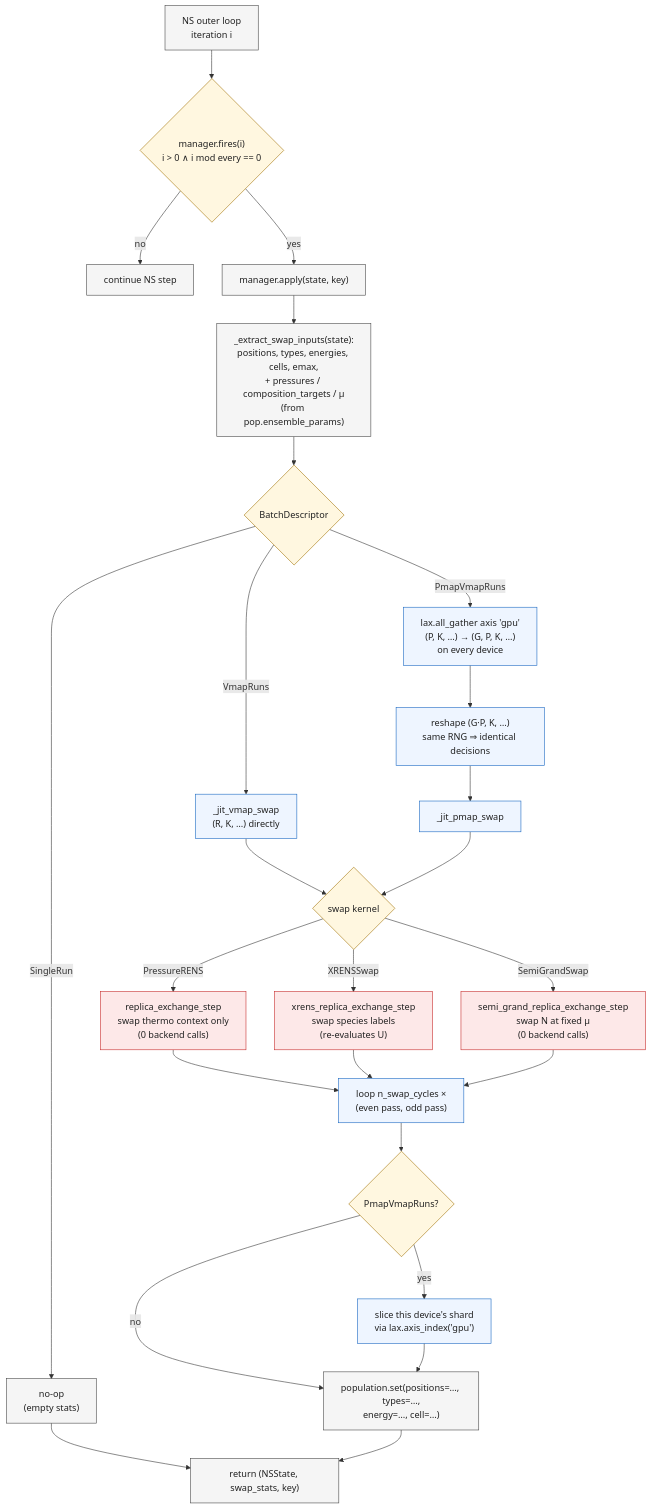
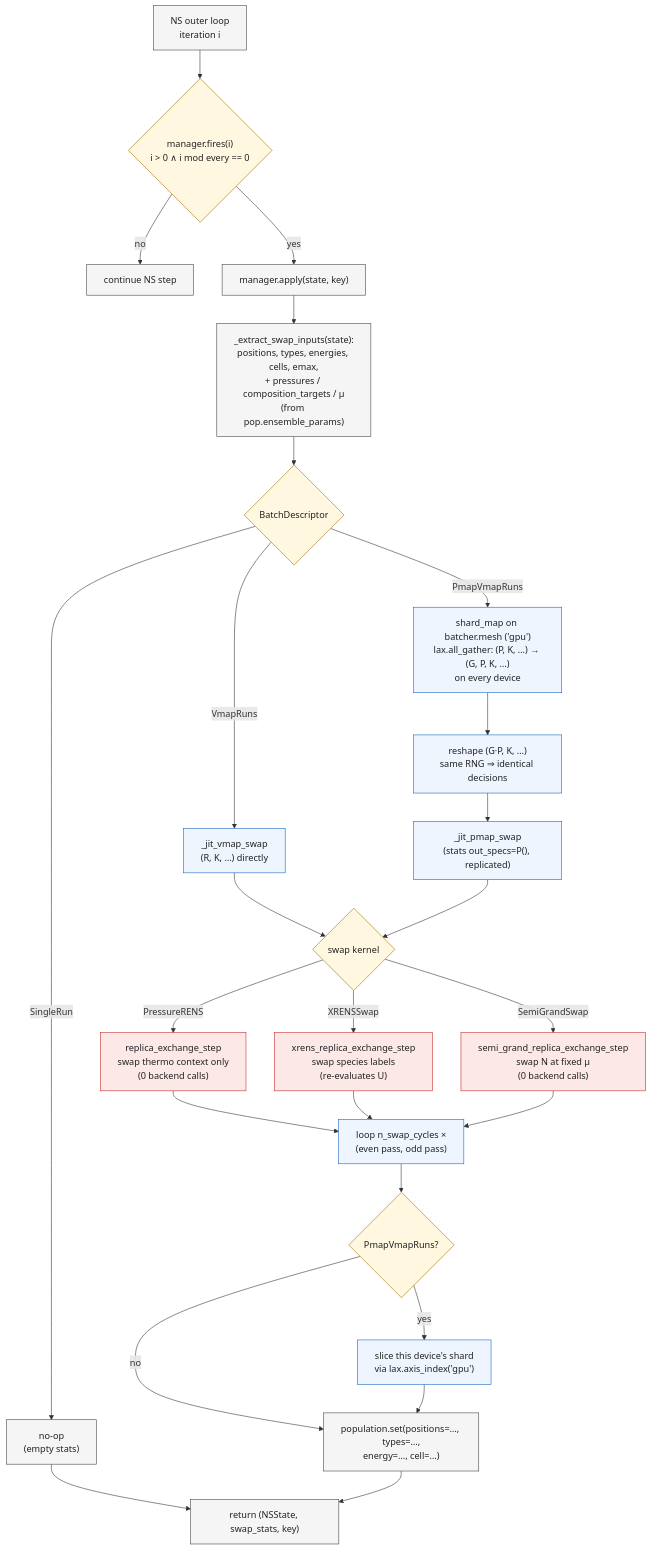
One commit to nunglert/jaxrens changed the third of 3 diagrams in docs/user/concepts/replicas.md. Above: the diagram before and after it, drawn with Mermaid. The commit also changed other lines of this file and 26 other files, not shown here.

Commit message:
Updated docs and docstrings for new shard_map layout

````diff
--- a/docs/user/concepts/replicas.md
+++ b/docs/user/concepts/replicas.md
@@ -160,44 +160,44 @@
 ```{mermaid}
 flowchart TB
     LOOP["NS outer loop<br/>iteration i"]
     LOOP --> FIRES{"manager.fires(i)<br/>i &gt; 0  ∧  i mod every == 0"}
     FIRES -- no --> CONT["continue NS step"]
     FIRES -- yes --> APPLY["manager.apply(state, key)"]
 
     APPLY --> EXTR["_extract_swap_inputs(state):<br/>positions, types, energies, cells, emax,<br/>+ pressures / composition_targets / μ<br/>(from pop.ensemble_params)"]
     EXTR --> DESC{"BatchDescriptor"}
 
     DESC -- SingleRun --> NOOP["no-op<br/>(empty stats)"]
     DESC -- VmapRuns --> VMAP["_jit_vmap_swap<br/>(R, K, …) directly"]
-    DESC -- PmapVmapRuns --> AGG["lax.all_gather axis 'gpu'<br/>(P, K, …) → (G, P, K, …)<br/>on every device"]
+    DESC -- PmapVmapRuns --> AGG["shard_map on batcher.mesh ('gpu')<br/>lax.all_gather: (P, K, …) → (G, P, K, …)<br/>on every device"]
     AGG --> FLAT["reshape (G·P, K, …)<br/>same RNG ⇒ identical decisions"]
-    FLAT --> SWAP["_jit_pmap_swap"]
+    FLAT --> SWAP["_jit_pmap_swap<br/>(stats out_specs=P(), replicated)"]
 
     VMAP --> KFLAV{"swap kernel"}
     SWAP --> KFLAV
 
     KFLAV -- "PressureRENS" --> PR["replica_exchange_step<br/>swap thermo context only<br/>(0 backend calls)"]
     KFLAV -- "XRENSSwap" --> XR["xrens_replica_exchange_step<br/>swap species labels<br/>(re-evaluates U)"]
     KFLAV -- "SemiGrandSwap" --> SG["semi_grand_replica_exchange_step<br/>swap N at fixed μ<br/>(0 backend calls)"]
 
     PR --> CYC["loop n_swap_cycles ×<br/>(even pass, odd pass)"]
     XR --> CYC
     SG --> CYC
 
     CYC --> SHARDQ{"PmapVmapRuns?"}
     SHARDQ -- yes --> SHARD["slice this device's shard<br/>via lax.axis_index('gpu')"]
     SHARDQ -- no --> WRITE
     SHARD --> WRITE["population.set(positions=…, types=…,<br/>energy=…, cell=…)"]
     NOOP --> RET
     WRITE --> RET["return (NSState, swap_stats, key)"]
 
     classDef decision fill:#fff7e0,stroke:#a07000,color:#222
     classDef path fill:#eef5ff,stroke:#1565c0,color:#222
     classDef kernel fill:#fde8e8,stroke:#c62828,color:#222
     classDef io fill:#f5f5f5,stroke:#444,color:#222
 
     class FIRES,DESC,KFLAV,SHARDQ decision
     class VMAP,AGG,FLAT,SWAP,SHARD,CYC path
     class PR,XR,SG kernel
     class LOOP,APPLY,EXTR,WRITE,RET,CONT,NOOP io
 ```
````
